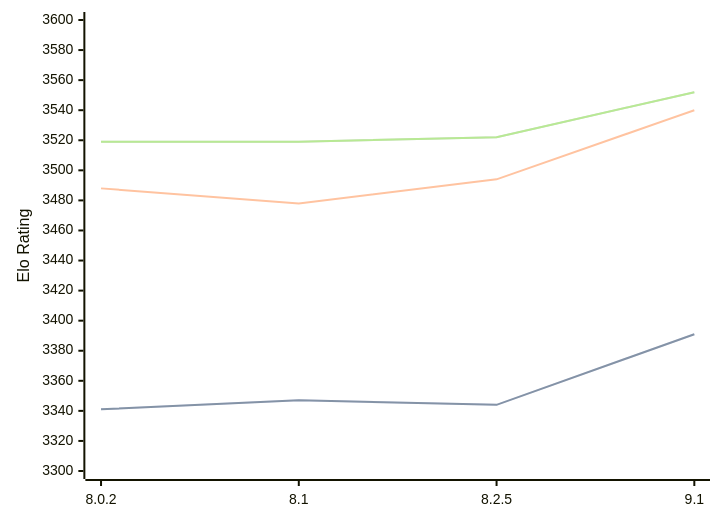
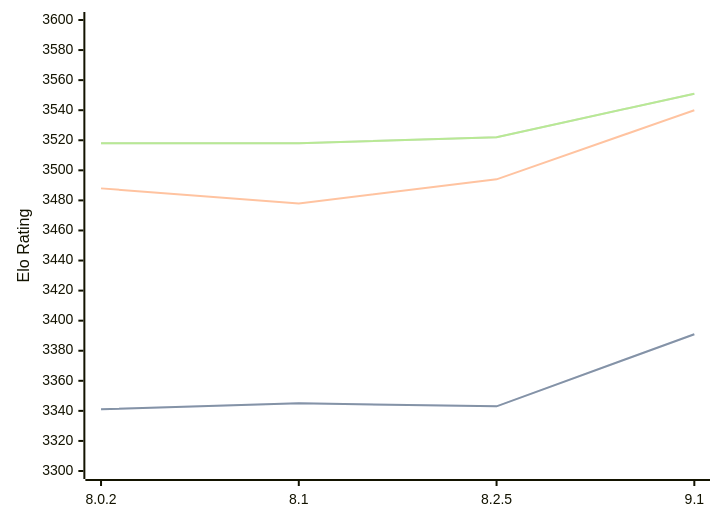
Before and after one commit to computer-chess-index/cci: the diagram in engines/Clover.md, drawn with Mermaid. The commit also changed other lines of this file, not shown here.

Commit message:
Update CCI Ratings (ELO VLTC) - 2026-09-11

````diff
--- a/engines/Clover.md
+++ b/engines/Clover.md
@@ -35,11 +35,11 @@
 ```mermaid
 %%{init: {"theme":"base","themeVariables":{"seriesColors:['#a3a3a3','#222221','#faa371']}}}%%
 xychart-beta
   x-axis ["8.0.2", "8.1", "8.2.5", "9.1"]
   y-axis "Elo Rating" 3300 --> 3600
-  line "" [3341, 3347, 3344, 3391]
-  line "STC (8.0+0.08s)" [3341, 3347, 3344, 3391]
+  line "" [3341, 3345, 3343, 3391]
+  line "STC (8.0+0.08s)" [3341, 3345, 3343, 3391]
   line "LTC (60.0+0.60s)" [3488, 3478, 3494, 3540]
-  line "" [3519, 3519, 3522, 3552]
-  line "VLTC (2m24s+1.12s)" [3519, 3519, 3522, 3552]
+  line "" [3518, 3518, 3522, 3551]
+  line "VLTC (2m24s+1.12s)" [3518, 3518, 3522, 3551]
 ```
````
